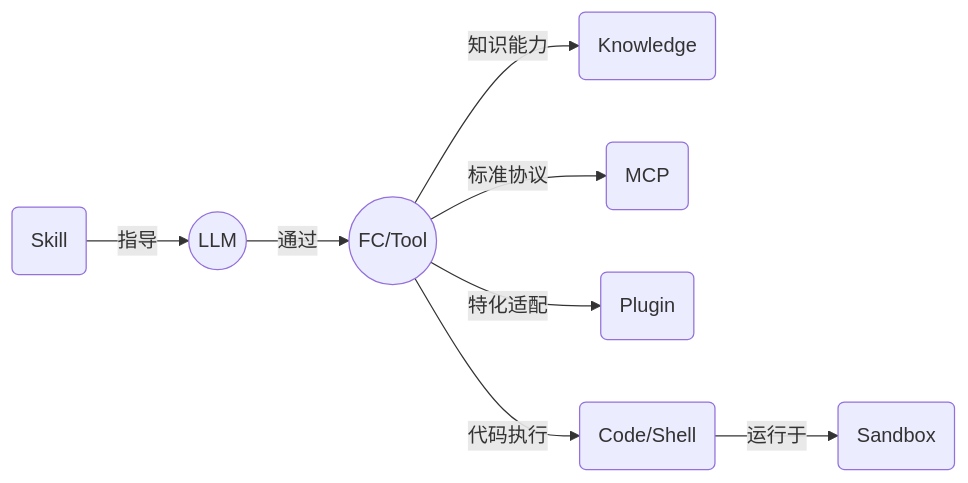
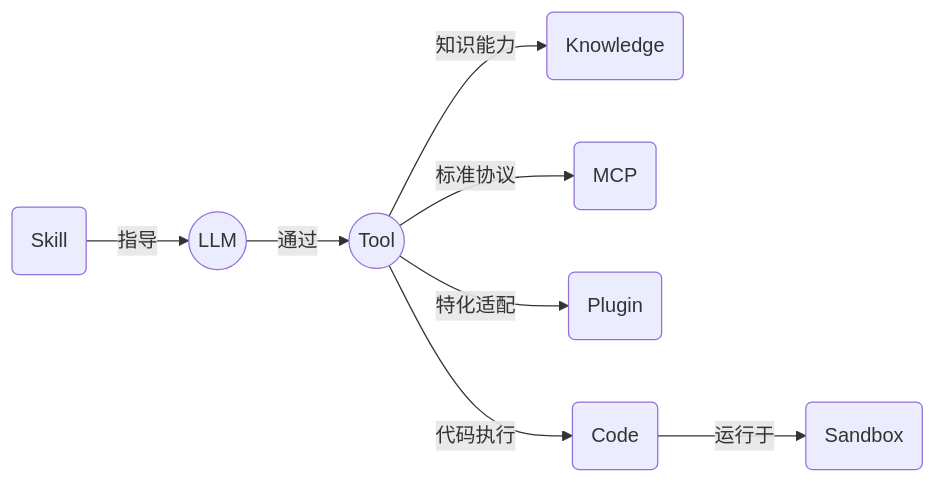
The fifth of 5 diagrams in .harness/knowledge/06-domain-model.md (niean/n-agent), drawn with Mermaid before and after one commit. The commit also changed other lines of this file and 1 other file, not shown here.

Commit message:
HE: 整理系统模块图

````diff
--- a/.harness/knowledge/06-domain-model.md
+++ b/.harness/knowledge/06-domain-model.md
@@ -406,20 +471,20 @@
 ```mermaid
 %% align: left
 flowchart LR
   LLM((LLM))
   Skill(Skill)
-  Tool((FC/Tool))
+  Tool((Tool))
   Knowledge(Knowledge)
   MCP(MCP)
   Plugin(Plugin)
-  Code(Code/Shell)
+  Code(Code)
   Sandbox(Sandbox)
 
 Skill -->|指导| LLM
 LLM -->|通过| Tool
 Tool -->|知识能力| Knowledge
 Tool -->|标准协议| MCP
 Tool -->|特化适配| Plugin
 Tool -->|代码执行| Code
 Code -->|运行于| Sandbox
 ```
````
